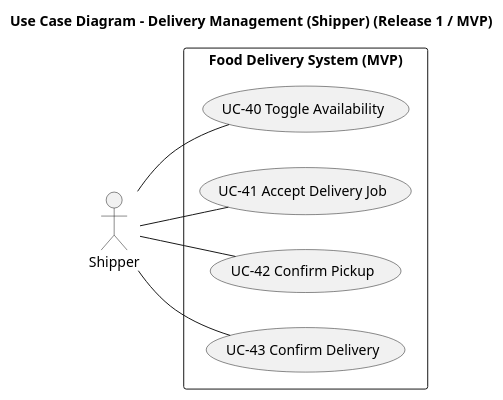
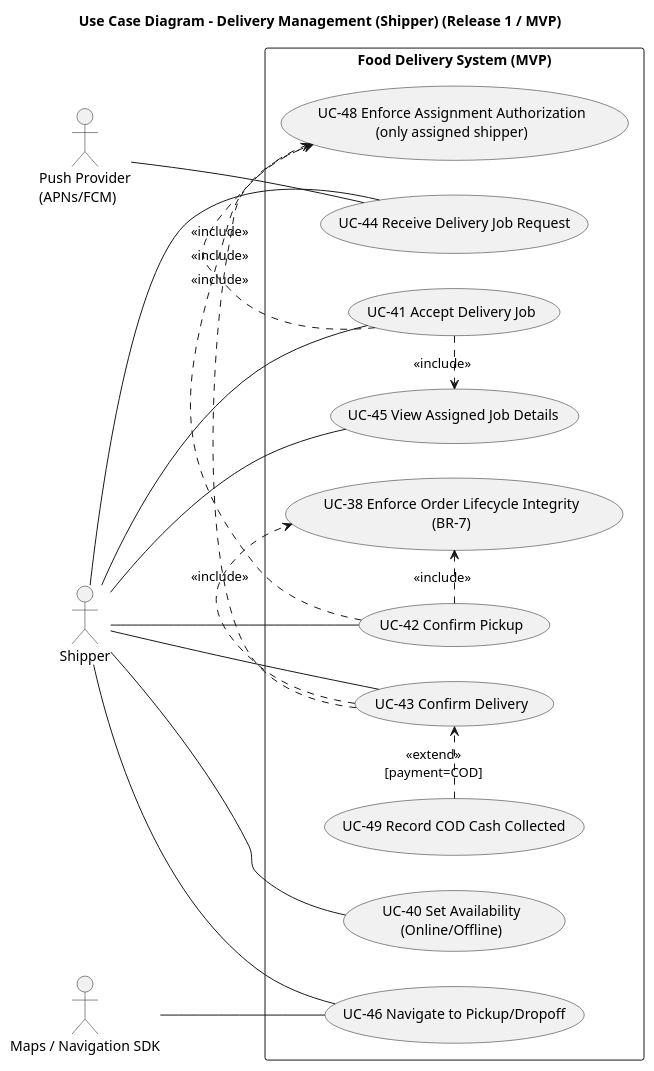
The diagram in Documents/usecase-diagrams/05-delivery-shipper.puml (luubinhdeptrai/Architecture-FoodDelivery), drawn with PlantUML before and after one commit. The commit also changed 3 other files, not shown here.

```diff
--- a/Documents/usecase-diagrams/05-delivery-shipper.puml
+++ b/Documents/usecase-diagrams/05-delivery-shipper.puml
@@ -1,22 +1,48 @@
-@startuml
+@startuml delivery-shipper
 title Use Case Diagram - Delivery Management (Shipper) (Release 1 / MVP)
 
 left to right direction
 skinparam packageStyle rectangle
 skinparam shadowing false
 
 actor "Shipper" as A_Shipper
+actor "Push Provider\n(APNs/FCM)" as A_Push
+actor "Maps / Navigation SDK" as A_Maps
 
 rectangle "Food Delivery System (MVP)" as SYS {
-  usecase "UC-40 Toggle Availability" as UC40
+  usecase "UC-40 Set Availability\n(Online/Offline)" as UC40
+
+  usecase "UC-44 Receive Delivery Job Request" as UC44
+  usecase "UC-45 View Assigned Job Details" as UC45
   usecase "UC-41 Accept Delivery Job" as UC41
+  usecase "UC-46 Navigate to Pickup/Dropoff" as UC46
   usecase "UC-42 Confirm Pickup" as UC42
   usecase "UC-43 Confirm Delivery" as UC43
+
+  usecase "UC-48 Enforce Assignment Authorization\n(only assigned shipper)" as UC48
+  usecase "UC-38 Enforce Order Lifecycle Integrity\n(BR-7)" as UC38
+  usecase "UC-49 Record COD Cash Collected" as UC49
 }
 
 A_Shipper -- UC40
+A_Shipper -- UC44
+A_Shipper -- UC45
 A_Shipper -- UC41
+A_Shipper -- UC46
 A_Shipper -- UC42
 A_Shipper -- UC43
 
+A_Push -- UC44
+A_Maps -- UC46
+
+UC41 .> UC45 : <<include>>
+UC41 .> UC48 : <<include>>
+
+UC42 .> UC48 : <<include>>
+UC42 .> UC38 : <<include>>
+
+UC43 .> UC48 : <<include>>
+UC43 .> UC38 : <<include>>
+UC49 .> UC43 : <<extend>>\n[payment=COD]
+
 @enduml
```
